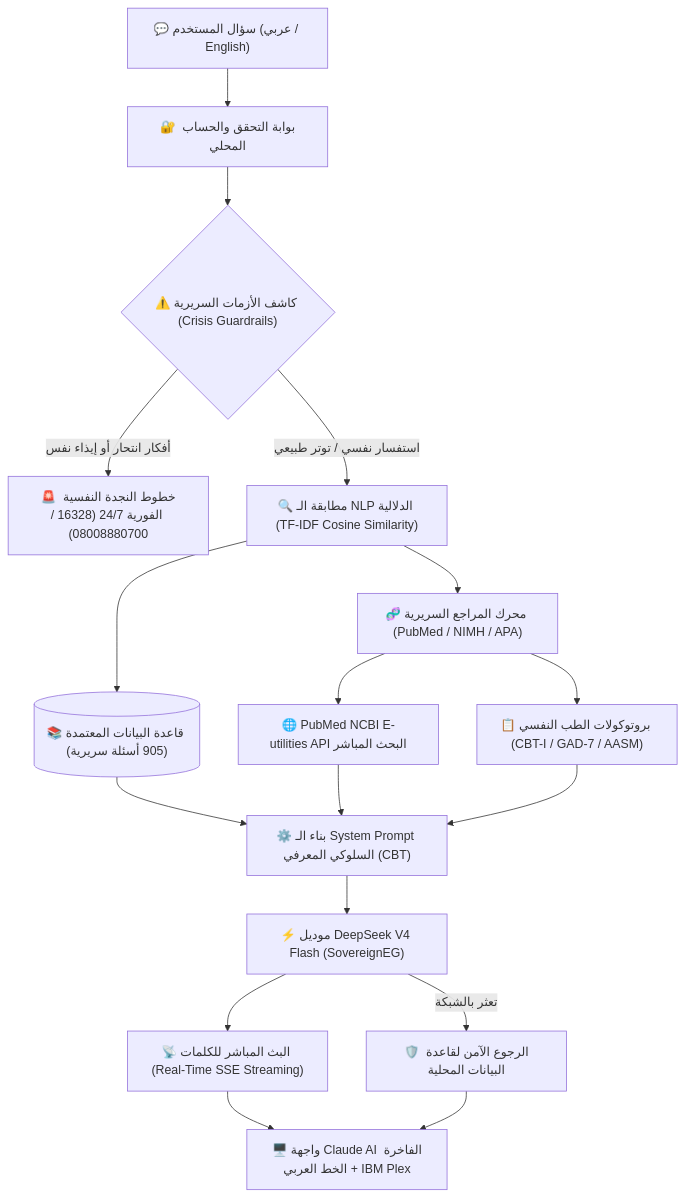
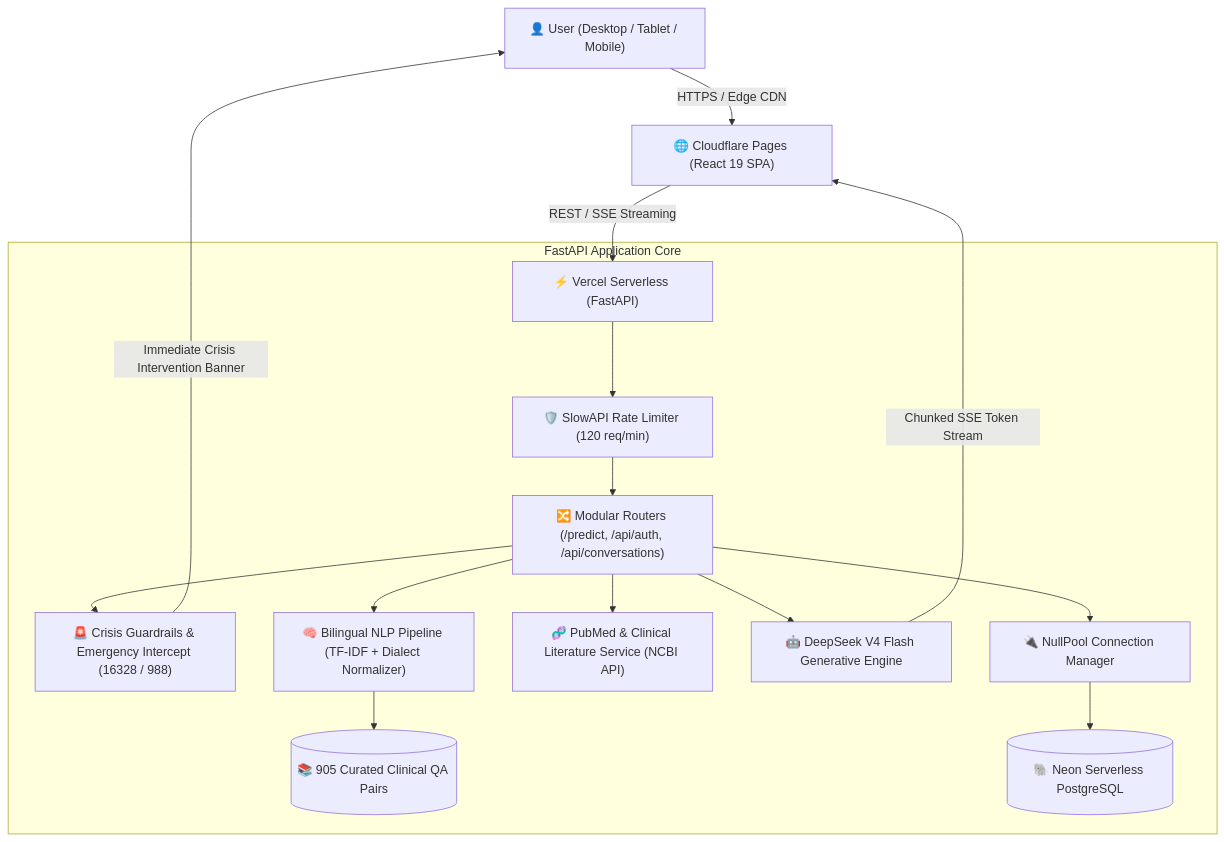
One commit to aiengmohamedtayal-netizen/psyc changed the diagram in README.md. Above: the diagram before and after it, drawn with Mermaid. The commit also changed other lines of this file and 3 other files, not shown here.

Commit message:
docs: revamp documentation, project architecture, and repository metadata

````diff
--- a/README.md
+++ b/README.md
@@ -15,25 +30,23 @@
 ```mermaid
 flowchart TD
-    UserQuery["💬 سؤال المستخدم (عربي / English)"] --> AuthCheck["🔐 بوابة التحقق والحساب المحلي"]
-    AuthCheck --> CrisisGuard{"⚠️ كاشف الأزمات السريرية (Crisis Guardrails)"}
+    User["👤 User (Desktop / Tablet / Mobile)"] -->|HTTPS / Edge CDN| CF["🌐 Cloudflare Pages (React 19 SPA)"]
+    CF -->|REST / SSE Streaming| Vercel["⚡ Vercel Serverless (FastAPI)"]
     
-    CrisisGuard -- "أفكار انتحار أو إيذاء نفس" --> EmergencyHelpline["🚨 خطوط النجدة النفسية الفورية 24/7 (16328 / 08008880700)"]
-    CrisisGuard -- "استفسار نفسي / توتر طبيعي" --> NLPDispatcher["🔍 مطابقة الـ NLP الدلالية (TF-IDF Cosine Similarity)"]
+    subgraph BackendEngine ["FastAPI Application Core"]
+        Vercel --> Limiter["🛡️ SlowAPI Rate Limiter (120 req/min)"]
+        Limiter --> Routers["🔀 Modular Routers (/predict, /api/auth, /api/conversations)"]
+        
+        Routers --> Safety["🚨 Crisis Guardrails & Emergency Intercept (16328 / 988)"]
+        Routers --> NLP["🧠 Bilingual NLP Pipeline (TF-IDF + Dialect Normalizer)"]
+        NLP --> QA_Dataset[("📚 905 Curated Clinical QA Pairs")]
+        
+        Routers --> PubMed["🧬 PubMed & Clinical Literature Service (NCBI API)"]
+        Routers --> LLM["🤖 DeepSeek V4 Flash Generative Engine"]
+        
+        Routers --> DB_Pool["🔌 NullPool Connection Manager"]
+        DB_Pool --> NeonDB[("🐘 Neon Serverless PostgreSQL")]
+    end
     
-    NLPDispatcher --> LocalDB[("📚 قاعدة البيانات المعتمدة (905 أسئلة سريرية)")]
-    NLPDispatcher --> ClinicalService["🧬 محرك المراجع السريرية (PubMed / NIMH / APA)"]
-    
-    ClinicalService --> PubMedAPI["🌐 PubMed NCBI E-utilities API البحث المباشر"]
-    ClinicalService --> ClinicalProtocols["📋 بروتوكولات الطب النفسي (CBT-I / GAD-7 / AASM)"]
-    
-    LocalDB --> PromptBuilder["⚙️ بناء الـ System Prompt السلوكي المعرفي (CBT)"]
-    PubMedAPI --> PromptBuilder
-    ClinicalProtocols --> PromptBuilder
-    
-    PromptBuilder --> DeepSeekEngine["⚡ موديل DeepSeek V4 Flash (SovereignEG)"]
-    DeepSeekEngine --> SSEStream["📡 البث المباشر للكلمات (Real-Time SSE Streaming)"]
-    DeepSeekEngine -- "تعثر بالشبكة" --> FallbackEngine["🛡️ الرجوع الآمن لقاعدة البيانات المحلية"]
-    
-    SSEStream --> ClaudeUI["🖥️ واجهة Claude AI الفاخرة + الخط العربي IBM Plex"]
-    FallbackEngine --> ClaudeUI
+    LLM -->|Chunked SSE Token Stream| CF
+    Safety -->|Immediate Crisis Intervention Banner| User
 ```
````
